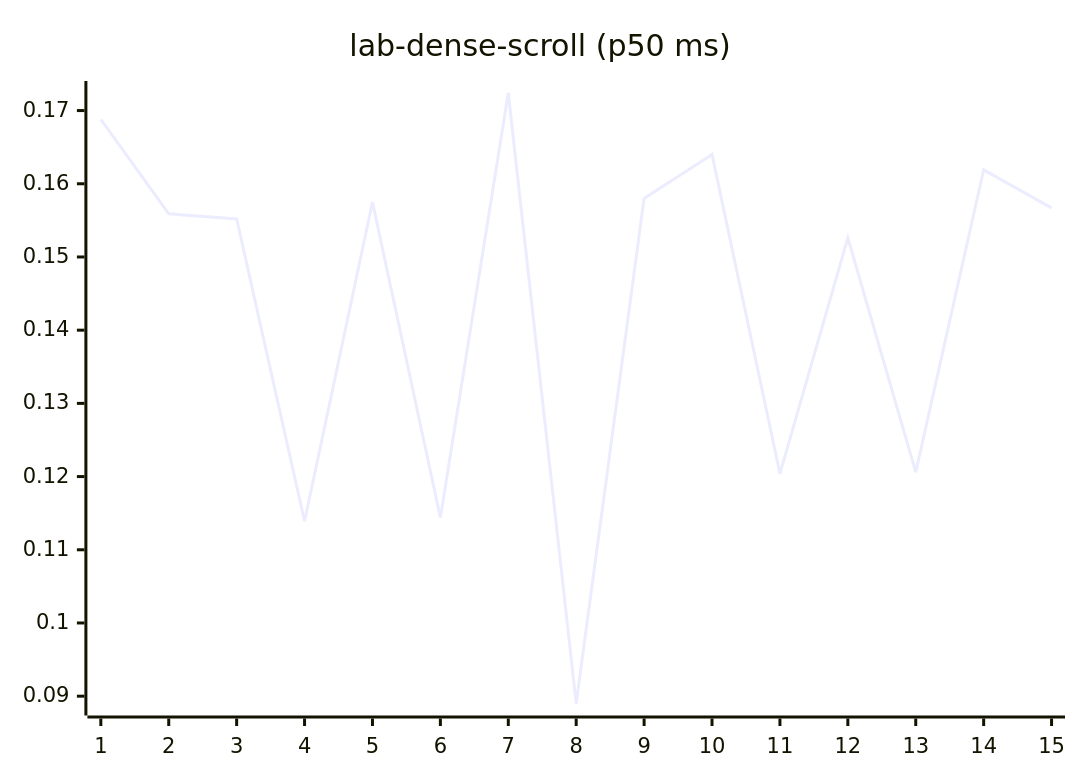
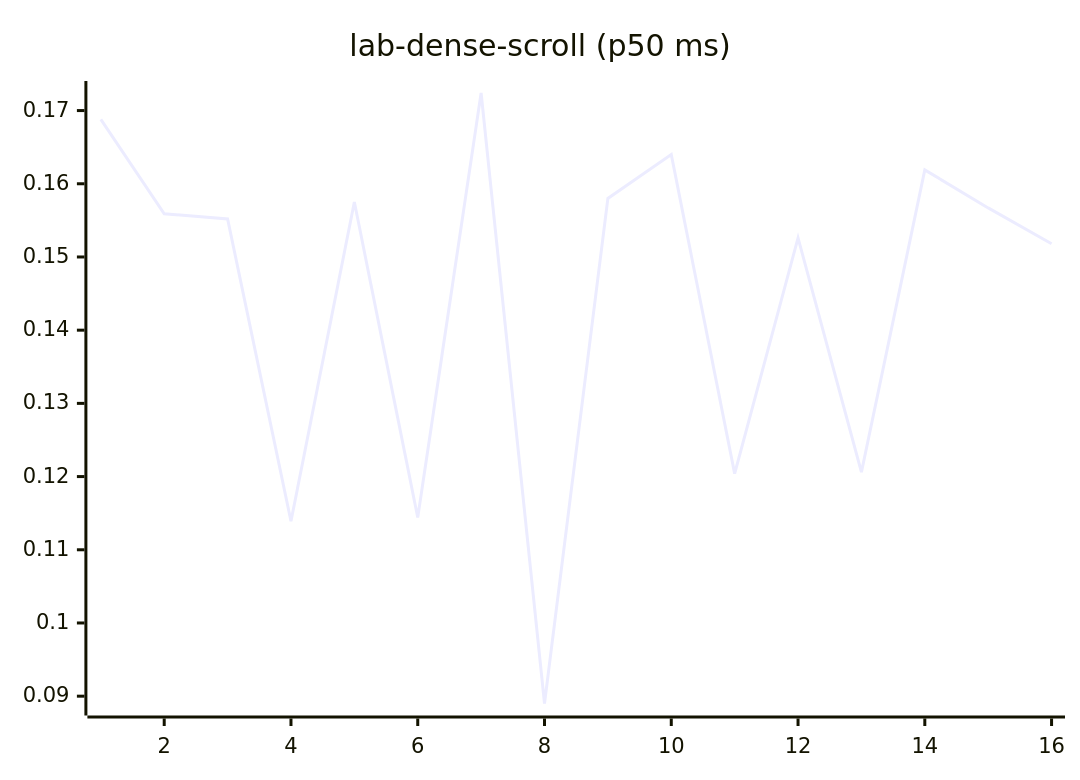
One commit to josha/Facet changed diagram 12 of 27 in README.md. Above: the diagram before and after it, drawn with Mermaid. The commit also changed other lines of this file and 2 other files, not shown here.

````diff
--- a/README.md
+++ b/README.md
@@ -140,6 +140,6 @@
 ```mermaid
 xychart-beta
     title "lab-dense-scroll (p50 ms)"
-    x-axis 1 --> 15
-    line [0.1688, 0.1559, 0.1552, 0.1139, 0.1575, 0.1144, 0.1724, 0.0890, 0.1580, 0.1640, 0.1204, 0.1526, 0.1206, 0.1619, 0.1567]
+    x-axis 1 --> 16
+    line [0.1688, 0.1559, 0.1552, 0.1139, 0.1575, 0.1144, 0.1724, 0.0890, 0.1580, 0.1640, 0.1204, 0.1526, 0.1206, 0.1619, 0.1567, 0.1518]
 ```
````
